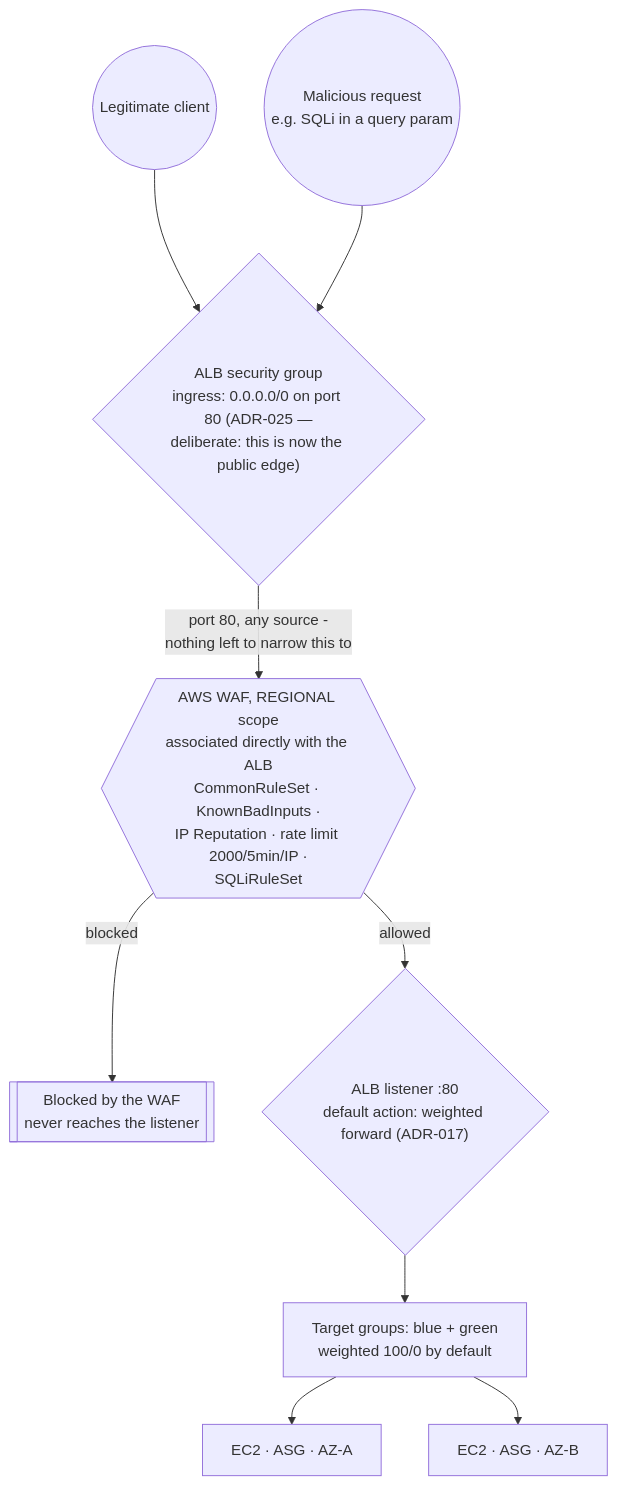
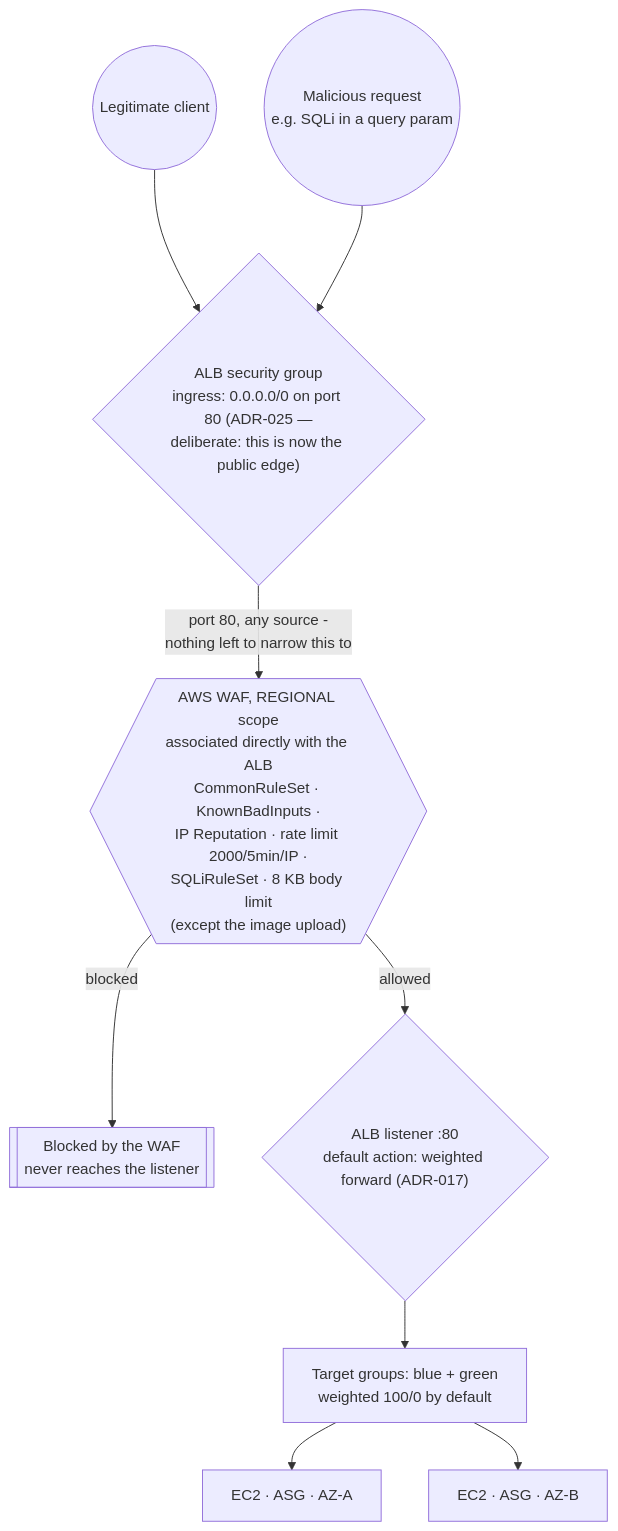
The diagram in docs/diagrams/traffic-flow.md (Mouad852/cloudforge), drawn with Mermaid before and after one commit. The commit also changed other lines of this file and 4 other files, not shown here.

````diff
--- a/docs/diagrams/traffic-flow.md
+++ b/docs/diagrams/traffic-flow.md
@@ -16,24 +15,24 @@
 ```mermaid
 flowchart TB
     Viewer(("Legitimate client"))
     Malicious(("Malicious request<br/>e.g. SQLi in a query param"))
 
     SG{"ALB security group<br/>ingress: 0.0.0.0/0 on port 80 (ADR-025 —<br/>deliberate: this is now the public edge)"}
-    WAF{{"AWS WAF, REGIONAL scope<br/>associated directly with the ALB<br/>CommonRuleSet · KnownBadInputs ·<br/>IP Reputation · rate limit 2000/5min/IP ·<br/>SQLiRuleSet"}}
+    WAF{{"AWS WAF, REGIONAL scope<br/>associated directly with the ALB<br/>CommonRuleSet · KnownBadInputs ·<br/>IP Reputation · rate limit 2000/5min/IP ·<br/>SQLiRuleSet · 8 KB body limit<br/>(except the image upload)"}}
     WAFBlock[["Blocked by the WAF<br/>never reaches the listener"]]
 
     Listener{"ALB listener :80<br/>default action: weighted forward (ADR-017)"}
 
     TG["Target groups: blue + green<br/>weighted 100/0 by default"]
     ASG_A["EC2 · ASG · AZ-A"]
     ASG_B["EC2 · ASG · AZ-B"]
 
     Viewer --> SG
     Malicious --> SG
     SG -->|"port 80, any source -<br/>nothing left to narrow this to"| WAF
     WAF -->|blocked| WAFBlock
     WAF -->|allowed| Listener
     Listener --> TG
     TG --> ASG_A
     TG --> ASG_B
 ```
````
